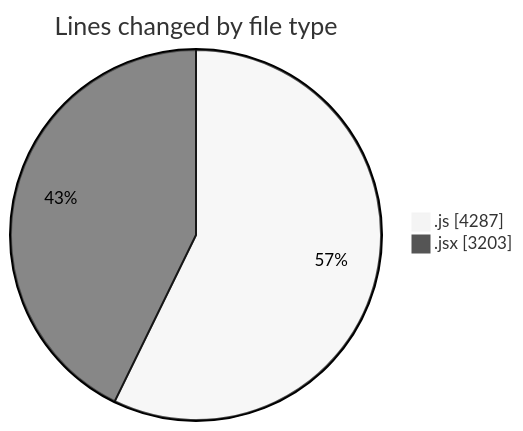
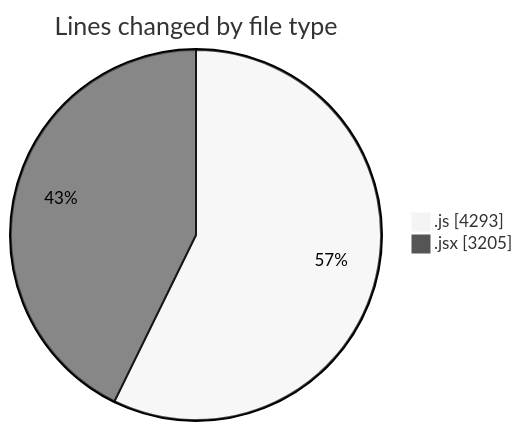
One commit to nxtqubesakshisongat/code-tracking changed the first of 2 diagrams in 2025-12-29/nxtqube_webapp/README.md. Above: the diagram before and after it, drawn with Mermaid (neutral theme). The commit also changed other lines of this file and 1 other file, not shown here.

````diff
--- a/2025-12-29/nxtqube_webapp/README.md
+++ b/2025-12-29/nxtqube_webapp/README.md
@@ -24,6 +24,6 @@
 ```mermaid
 pie showData
 title Lines changed by file type
-".js" : 4287
-".jsx" : 3203
+".js" : 4293
+".jsx" : 3205
 ```
````
